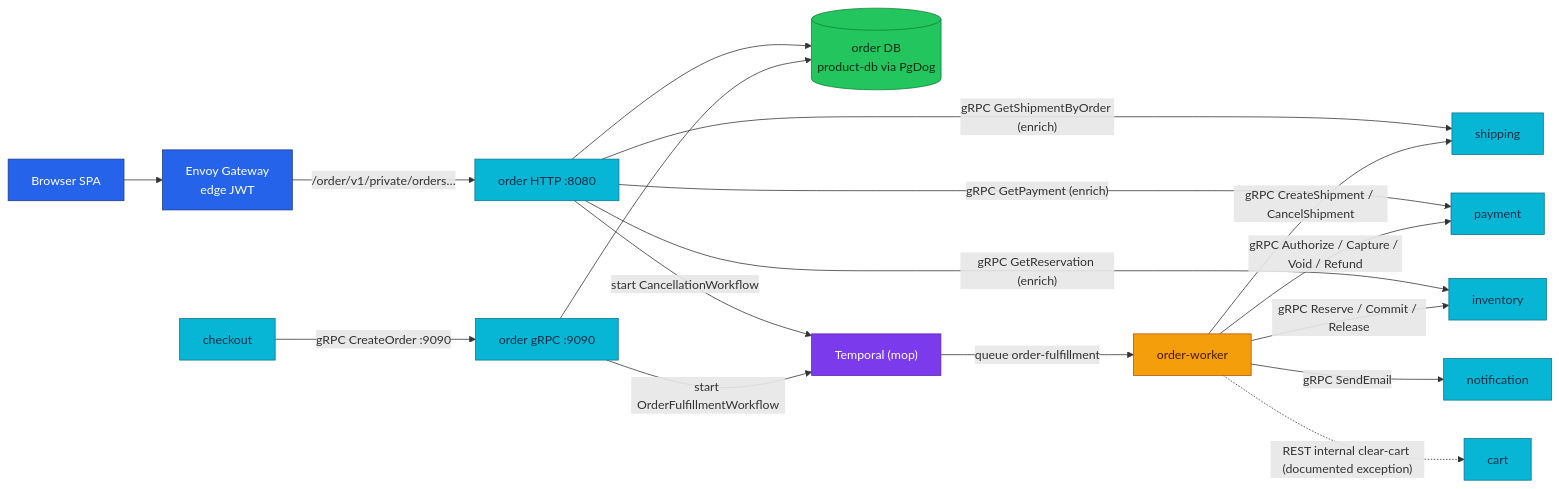
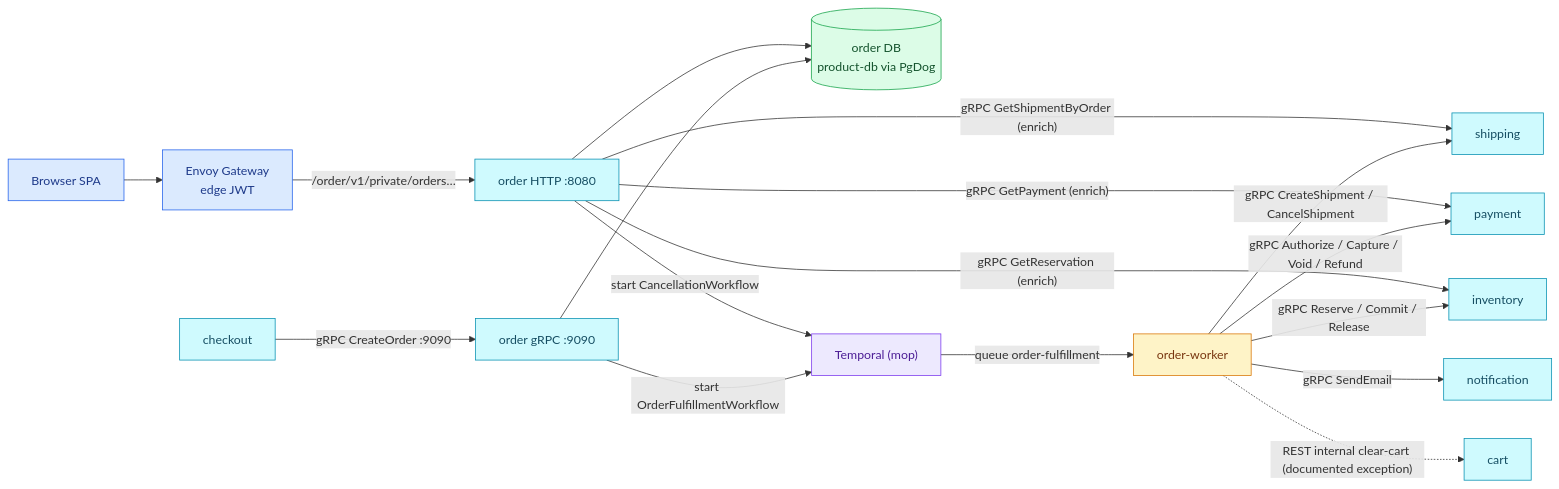
The first of 2 diagrams in docs/api/order.md (duynhlab/homelab), drawn with Mermaid before and after one commit. The commit also changed 174 other files, not shown here.

First line of the commit message:
Soft-tint diagram palette, a signal-flow diagram, a Linux-ready Draw.io skill

````diff
--- a/docs/api/order.md
+++ b/docs/api/order.md
@@ -72,30 +72,30 @@
 ```mermaid
 flowchart LR
     SPA["Browser SPA"] --> Edge["Envoy Gateway<br/>edge JWT"]
     Edge -->|"/order/v1/private/orders…"| Order["order HTTP :8080"]
     CK["checkout"] -->|"gRPC CreateOrder :9090"| OrderG["order gRPC :9090"]
     Order --> DB[("order DB<br/>product-db via PgDog")]
     OrderG --> DB
     Order -->|"gRPC GetShipmentByOrder (enrich)"| SHIP[shipping]
     Order -->|"gRPC GetPayment (enrich)"| PAY[payment]
     Order -->|"gRPC GetReservation (enrich)"| INV
     Order -->|"start CancellationWorkflow"| TMP["Temporal (mop)"]
     OrderG -->|"start OrderFulfillmentWorkflow"| TMP
     TMP -->|"queue order-fulfillment"| W["order-worker"]
     W -->|"gRPC Reserve / Commit / Release"| INV[inventory]
     W -->|"gRPC CreateShipment / CancelShipment"| SHIP
     W -->|"gRPC Authorize / Capture / Void / Refund"| PAY
     W -->|"gRPC SendEmail"| NOTIF[notification]
     W -.->|"REST internal clear-cart (documented exception)"| CART[cart]
 
-    classDef edge fill:#2563eb,color:#fff,stroke:#1e3a8a;
-    classDef service fill:#06b6d4,color:#082f49,stroke:#0e7490;
-    classDef worker fill:#f59e0b,color:#451a03,stroke:#b45309;
-    classDef platform fill:#7c3aed,color:#fff,stroke:#5b21b6;
-    classDef data fill:#22c55e,color:#052e16,stroke:#15803d;
+    classDef edge fill:#dbeafe,color:#1e3a8a,stroke:#2563eb;
+    classDef service fill:#cffafe,color:#164e63,stroke:#0891b2;
+    classDef worker fill:#fef3c7,color:#78350f,stroke:#d97706;
+    classDef platform fill:#ede9fe,color:#4c1d95,stroke:#7c3aed;
+    classDef data fill:#dcfce7,color:#14532d,stroke:#16a34a;
     class SPA,Edge edge;
     class Order,OrderG,CK,INV,SHIP,PAY,NOTIF,CART service;
     class W worker;
     class TMP platform;
     class DB data;
 ```
````
